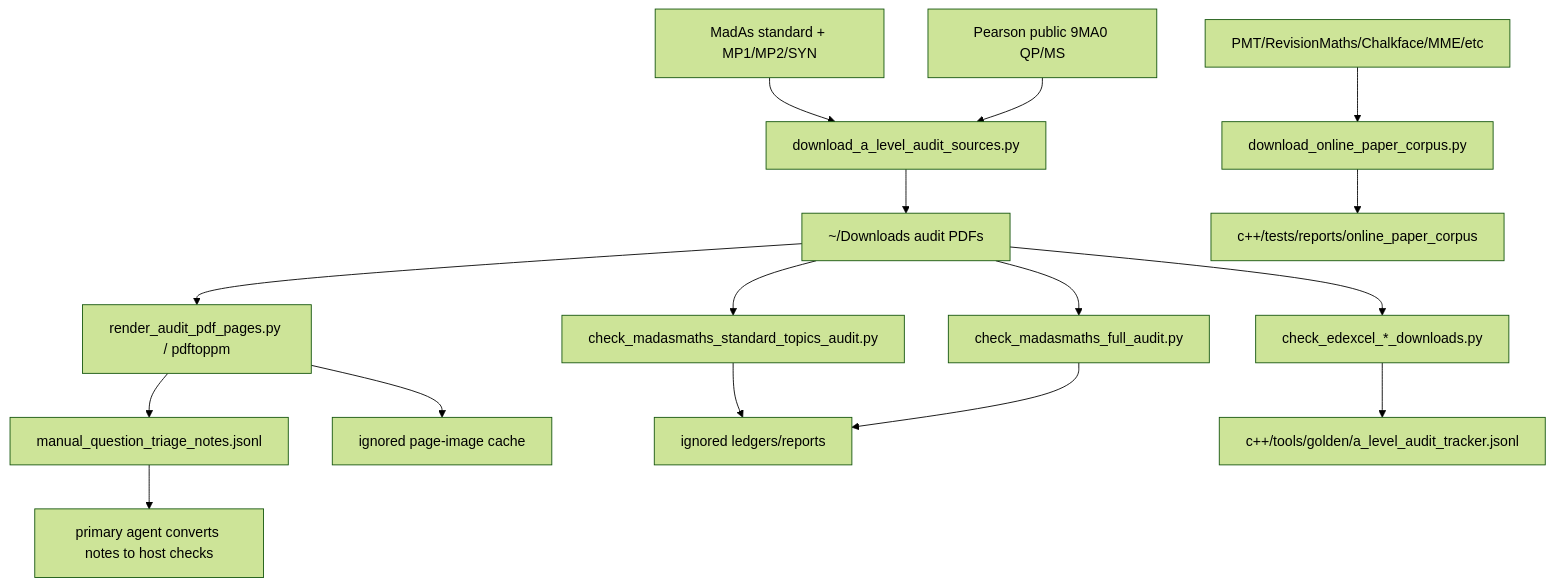
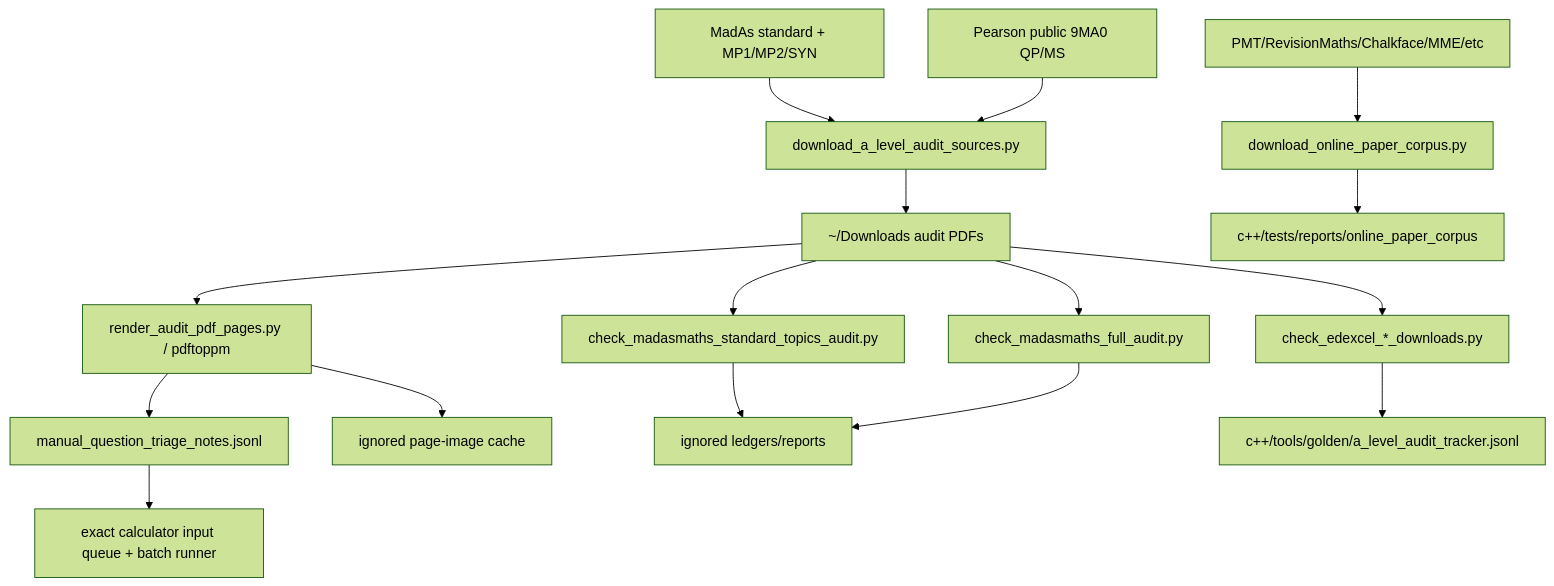
One commit to james8464/notes-addin-casio-fx-cg50 changed the eighth of 10 diagrams in c++/GRAPH.md. Above: the diagram before and after it, drawn with Mermaid (forest theme). The commit also changed other lines of this file and 4 other files, not shown here.

Commit message:
Add exact calculator audit queue

````diff
--- a/c++/GRAPH.md
+++ b/c++/GRAPH.md
@@ -185,18 +185,18 @@
 ```mermaid
 graph TD
   Madas["MadAs standard + MP1/MP2/SYN"] --> DL1["download_a_level_audit_sources.py"]
   Pearson["Pearson public 9MA0 QP/MS"] --> DL1
   Online["PMT/RevisionMaths/Chalkface/MME/etc"] --> DL2["download_online_paper_corpus.py"]
   DL1 --> Downloads["~/Downloads audit PDFs"]
   DL2 --> Reports["c++/tests/reports/online_paper_corpus"]
   Downloads --> Render["render_audit_pdf_pages.py / pdftoppm"]
   Render --> Triage["manual_question_triage_notes.jsonl"]
   Downloads --> Std["check_madasmaths_standard_topics_audit.py"]
   Downloads --> MP2["check_madasmaths_full_audit.py"]
   Downloads --> Edexcel["check_edexcel_*_downloads.py"]
   Render --> Images["ignored page-image cache"]
-  Triage --> Tests["primary agent converts notes to host checks"]
+  Triage --> Tests["exact calculator input queue + batch runner"]
   Std --> Ledger["ignored ledgers/reports"]
   MP2 --> Ledger
   Edexcel --> Tracker["c++/tools/golden/a_level_audit_tracker.jsonl"]
 ```
````
